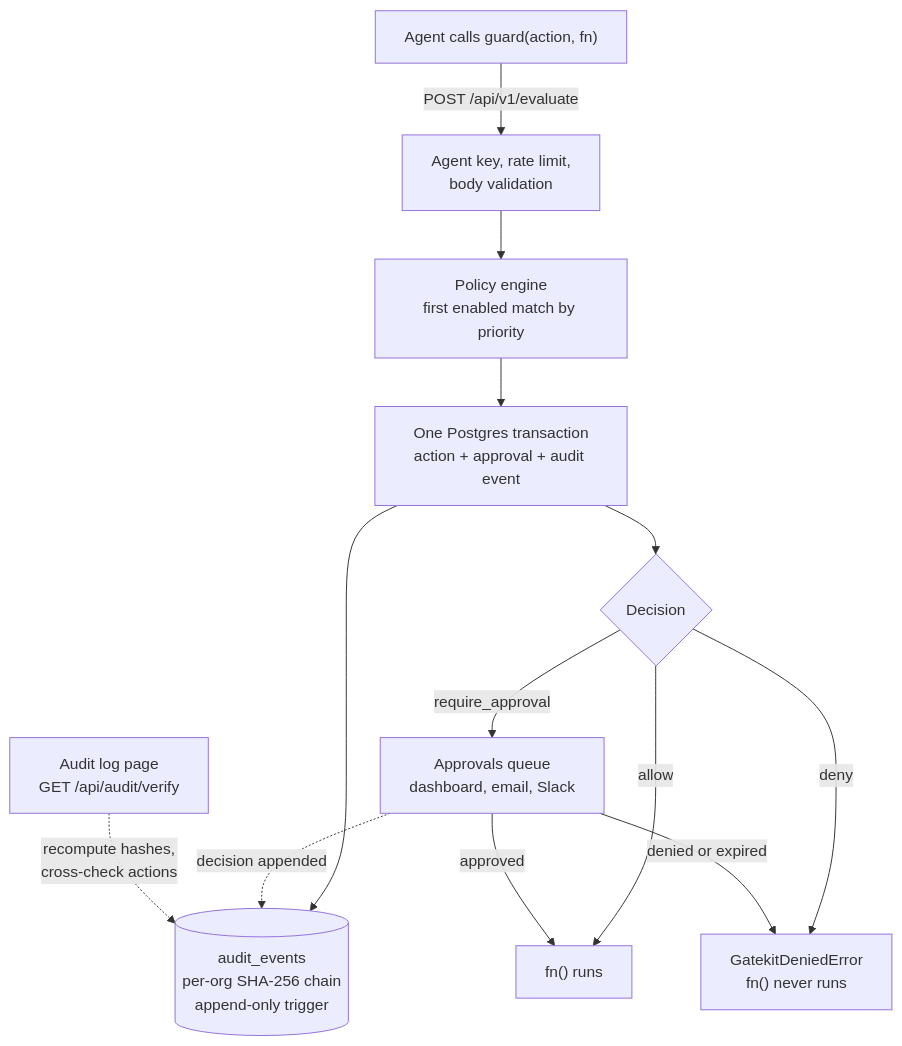
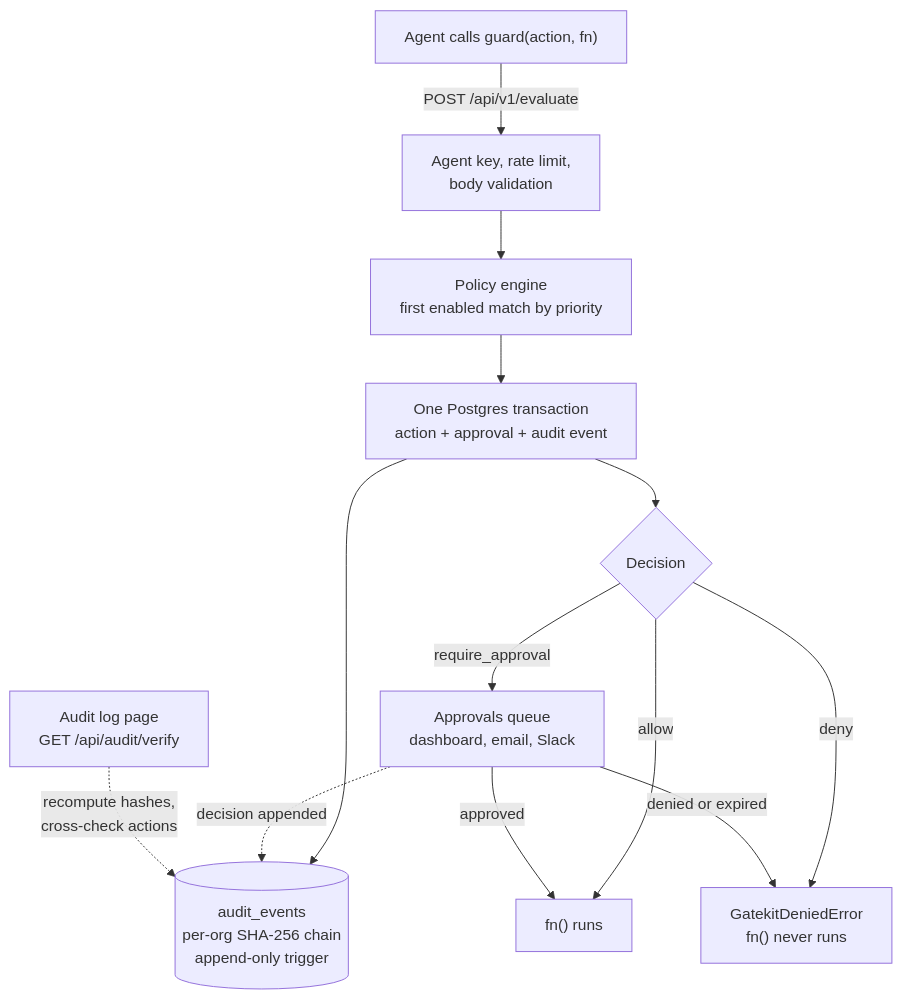
One commit to taranggoyal70/gatekit changed the diagram in README.md. Above: the diagram before and after it, drawn with Mermaid.

Commit message:
Widen label wrapping in the README diagram

````diff
--- a/README.md
+++ b/README.md
@@ -153,15 +153,16 @@
 ```mermaid
+%%{init: {"flowchart": {"wrappingWidth": 360}}}%%
 flowchart TB
   AG["Agent calls guard(action, fn)"] -- "POST /api/v1/evaluate" --> API["Agent key, rate limit,<br/>body validation"]
   API --> ENG["Policy engine<br/>first enabled match by priority"]
   ENG --> TX["One Postgres transaction<br/>action + approval + audit event"]
   TX --> CHAIN[("audit_events<br/>per-org SHA-256 chain<br/>append-only trigger")]
   TX --> D{"Decision"}
   D -- allow --> RUN["fn() runs"]
   D -- deny --> STOP["GatekitDeniedError<br/>fn() never runs"]
   D -- require_approval --> Q["Approvals queue<br/>dashboard, email, Slack"]
   Q -- approved --> RUN
   Q -- "denied or expired" --> STOP
   Q -. "decision appended" .-> CHAIN
   VER["Audit log page<br/>GET /api/audit/verify"] -. "recompute hashes,<br/>cross-check actions" .-> CHAIN
 ```
````
